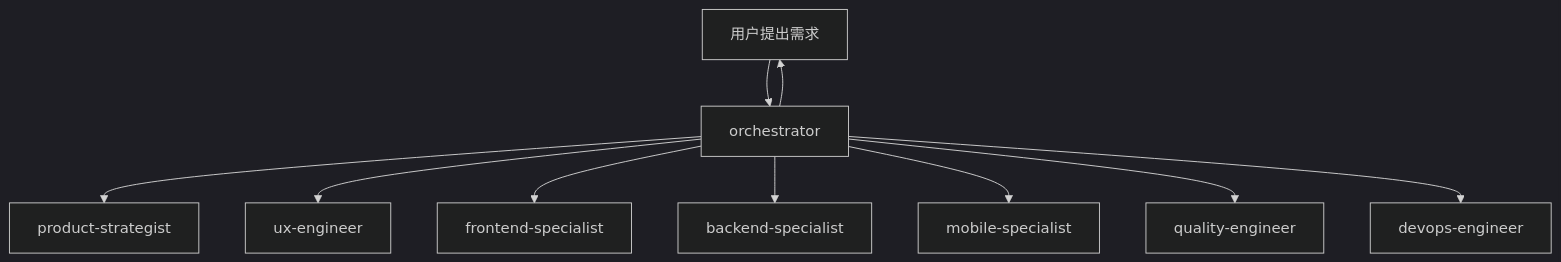
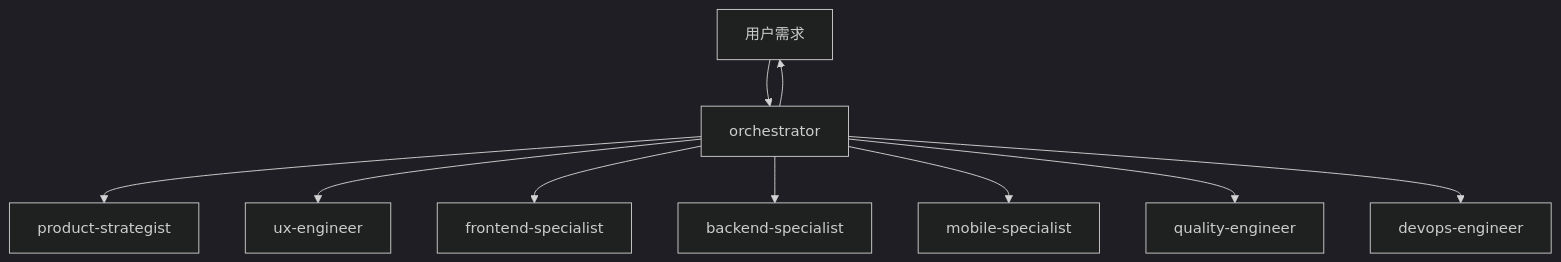
One commit to Tooooommy/Trae-Workflow changed the first of 2 diagrams in README.md. Above: the diagram before and after it, drawn with Mermaid (dark theme). The commit also changed other lines of this file and 14 other files, not shown here.

````diff
--- a/README.md
+++ b/README.md
@@ -33,12 +139,12 @@
 ```mermaid
 flowchart TD
-    User[用户提出需求] --> Orchestrator[orchestrator]
-    Orchestrator --> Product[product-strategist]
-    Orchestrator --> Design[ux-engineer]
-    Orchestrator --> Frontend[frontend-specialist]
-    Orchestrator --> Backend[backend-specialist]
-    Orchestrator --> Mobile[mobile-specialist]
-    Orchestrator --> QA[quality-engineer]
-    Orchestrator --> Ops[devops-engineer]
-    Orchestrator --> User
+    User[用户需求] --> O[orchestrator]
+    O --> P[product-strategist]
+    O --> U[ux-engineer]
+    O --> F[frontend-specialist]
+    O --> B[backend-specialist]
+    O --> M[mobile-specialist]
+    O --> Q[quality-engineer]
+    O --> D[devops-engineer]
+    O --> User
 ```
````
